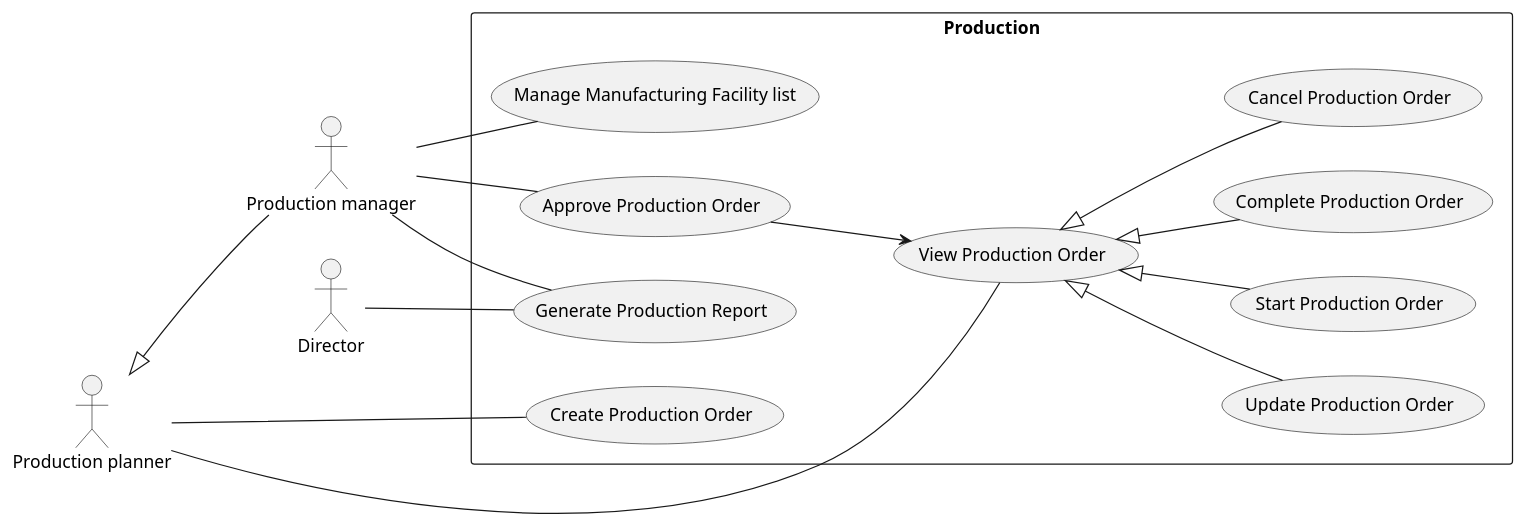
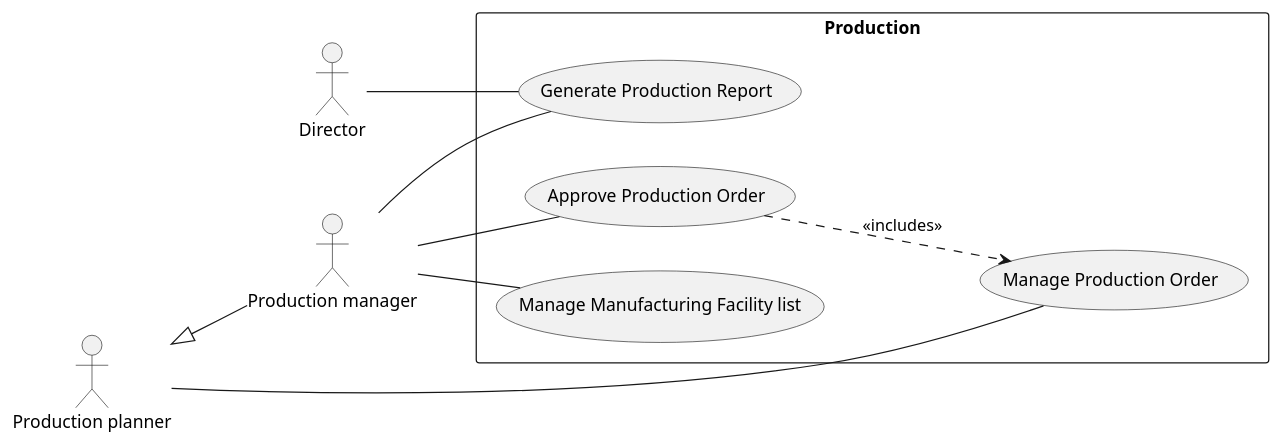
The diagram in Lab1/Lab1.2/use-cases/production.plantuml (phihungha/SE357-Practice-class), drawn with PlantUML before and after one commit. The commit also changed 21 other files, not shown here.

Commit message:
Reduce use case number and split class diagram

```diff
--- a/Lab1/Lab1.2/use-cases/production.plantuml
+++ b/Lab1/Lab1.2/use-cases/production.plantuml
@@ -1,25 +1,20 @@
-@startuml Production
+@startuml production
 left to right direction
 
 :Production planner: as pp
 :Production manager: as pm
 pp <|-- pm
 
 :Director: as d
 
 rectangle Production {
-  pp -- (View Production Order)
-  pp -- (Create Production Order)
-  (View Production Order) <|-- (Update Production Order)
-  (View Production Order) <|-- (Start Production Order)
-  (View Production Order) <|-- (Complete Production Order)
-  (View Production Order) <|-- (Cancel Production Order)
+  pp -- (Manage Production Order)
 
   pm -- (Approve Production Order)
-  (Approve Production Order) --> (View Production Order)
+  (Approve Production Order) ..> (Manage Production Order) : <<includes>>
 
   pm -- (Manage Manufacturing Facility list)
   pm -- (Generate Production Report)
   d -- (Generate Production Report)
 }
 @enduml
```
